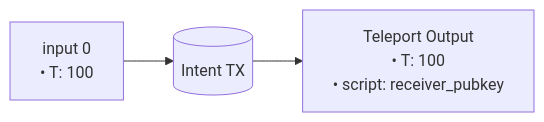
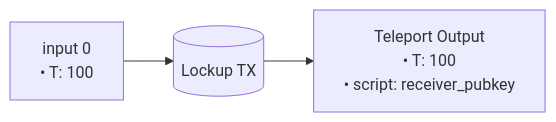
The ninth of 13 diagrams in Arkade-Assets-Documentation.md (ArkLabsHQ/arkade-assets), drawn with Mermaid before and after one commit. The commit also changed other lines of this file and 2 other files, not shown here.

Commit message:
refactor: update teleport input structure to use lockup transaction details and improve documentation

````diff
--- a/Arkade-Assets-Documentation.md
+++ b/Arkade-Assets-Documentation.md
@@ -1245,7 +1251,7 @@
 ```mermaid
 flowchart LR
-  IntentTX[(Intent TX)]
-  i0["input 0<br/>• T: 100"] --> IntentTX
-  IntentTX --> o_teleport["Teleport Output<br/>• T: 100<br/>• script: receiver_pubkey"]
+  LockupTX[(Lockup TX)]
+  i0["input 0<br/>• T: 100"] --> LockupTX
+  LockupTX --> o_teleport["Teleport Output<br/>• T: 100<br/>• script: receiver_pubkey"]
 
 ```
````
